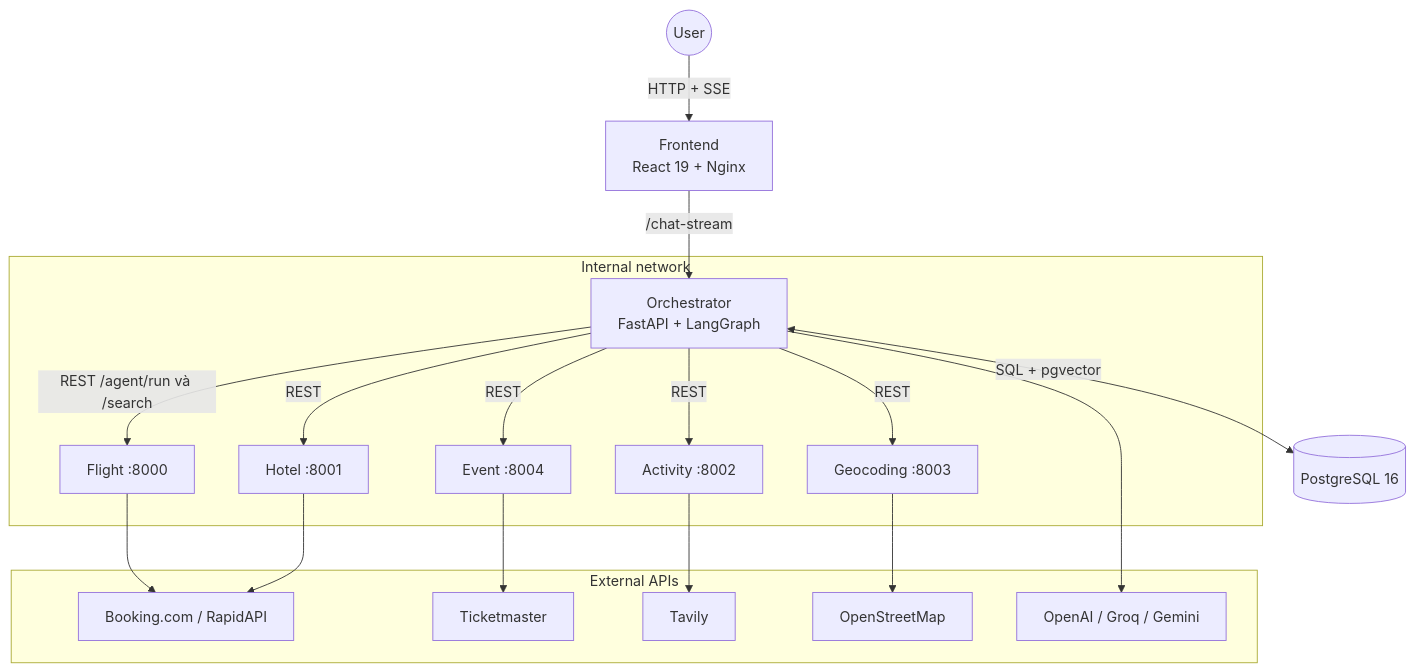
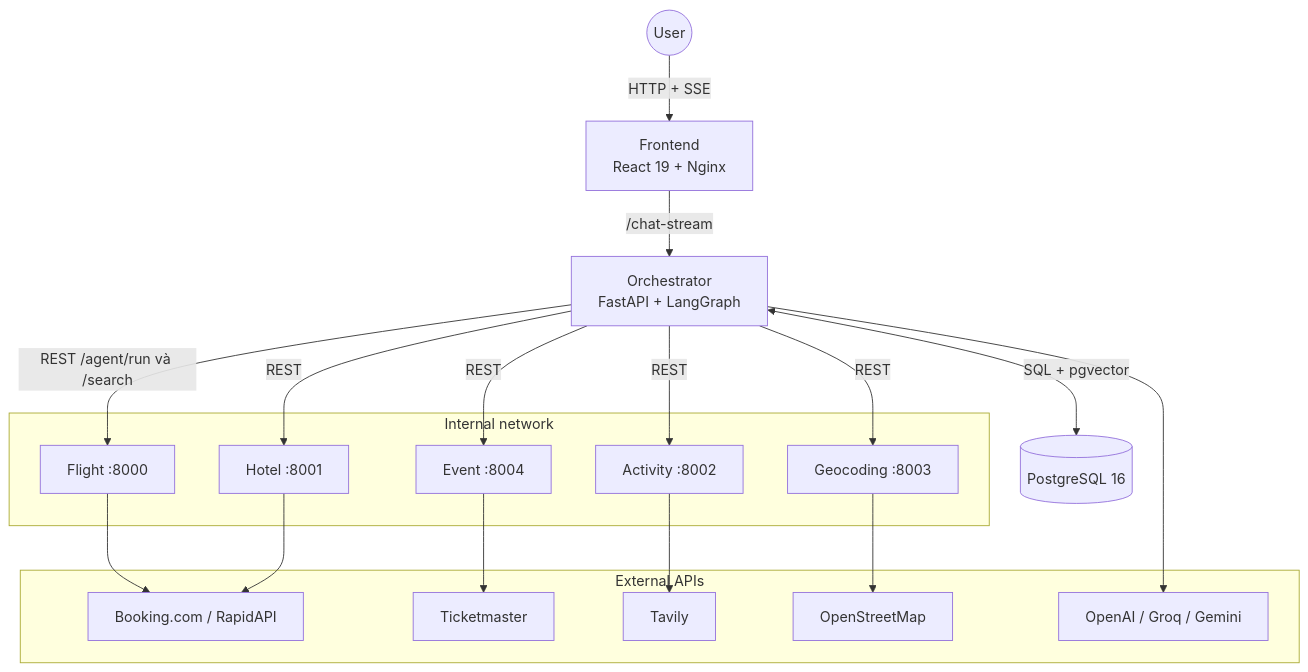
One commit to BopsAIle/Agent-travel changed the diagram in README.md. Above: the diagram before and after it, drawn with Mermaid. The commit also changed other lines of this file and 17 other files, not shown here.

````diff
--- a/README.md
+++ b/README.md
@@ -91,24 +101,35 @@
 ```mermaid
-graph TD
-    User((User)) -->|HTTP + SSE| FE[Frontend<br>React 19 + Nginx]
-    FE -->|/chat-stream| Orch[Orchestrator<br>FastAPI + LangGraph]
+flowchart TD
+    User((User)) -->|HTTP + SSE| FE["Frontend<br/>React 19 + Nginx"]
+    FE -->|/chat-stream| Orch["Orchestrator<br/>FastAPI + LangGraph"]
+    Orch <-->|SQL + pgvector| DB[("PostgreSQL 16")]
 
-    Orch <-->|SQL + pgvector| DB[(PostgreSQL 16)]
-
-    subgraph "Internal network"
-        Orch -->|REST /agent/run và /search| Flight[Flight :8000]
-        Orch -->|REST| Hotel[Hotel :8001]
-        Orch -->|REST| Activity[Activity :8002]
-        Orch -->|REST| Geo[Geocoding :8003]
-        Orch -->|REST| Event[Event :8004]
+    subgraph Internal["Internal network"]
+        Flight["Flight :8000"]
+        Hotel["Hotel :8001"]
+        Activity["Activity :8002"]
+        Geo["Geocoding :8003"]
+        Evt["Event :8004"]
     end
 
-    subgraph "External APIs"
-        Flight --> Booking[Booking.com / RapidAPI]
-        Hotel --> Booking
-        Event --> TM[Ticketmaster]
-        Activity --> Tavily[Tavily]
-        Geo --> OSM[OpenStreetMap]
-        Orch --> LLM[OpenAI / Groq / Gemini]
+    Orch -->|"REST /agent/run và /search"| Flight
+    Orch -->|REST| Hotel
+    Orch -->|REST| Activity
+    Orch -->|REST| Geo
+    Orch -->|REST| Evt
+
+    subgraph External["External APIs"]
+        Booking["Booking.com / RapidAPI"]
+        TM["Ticketmaster"]
+        Tavily["Tavily"]
+        OSM["OpenStreetMap"]
+        LLM["OpenAI / Groq / Gemini"]
     end
+
+    Flight --> Booking
+    Hotel --> Booking
+    Evt --> TM
+    Activity --> Tavily
+    Geo --> OSM
+    Orch --> LLM
 ```
````
